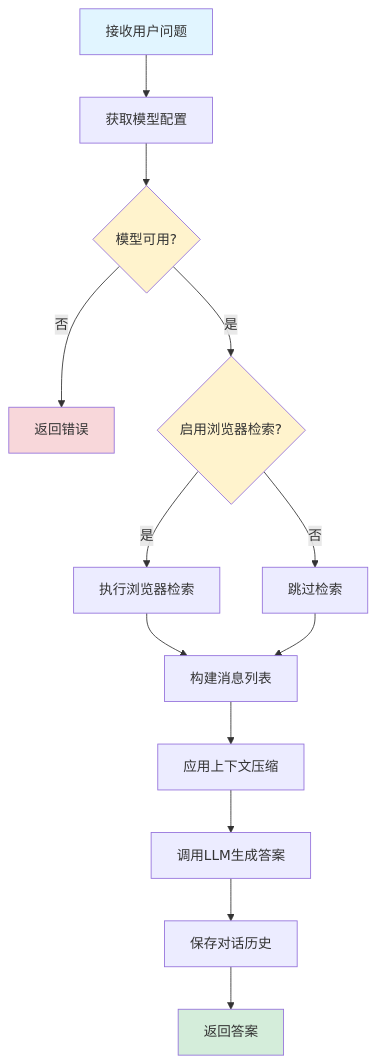
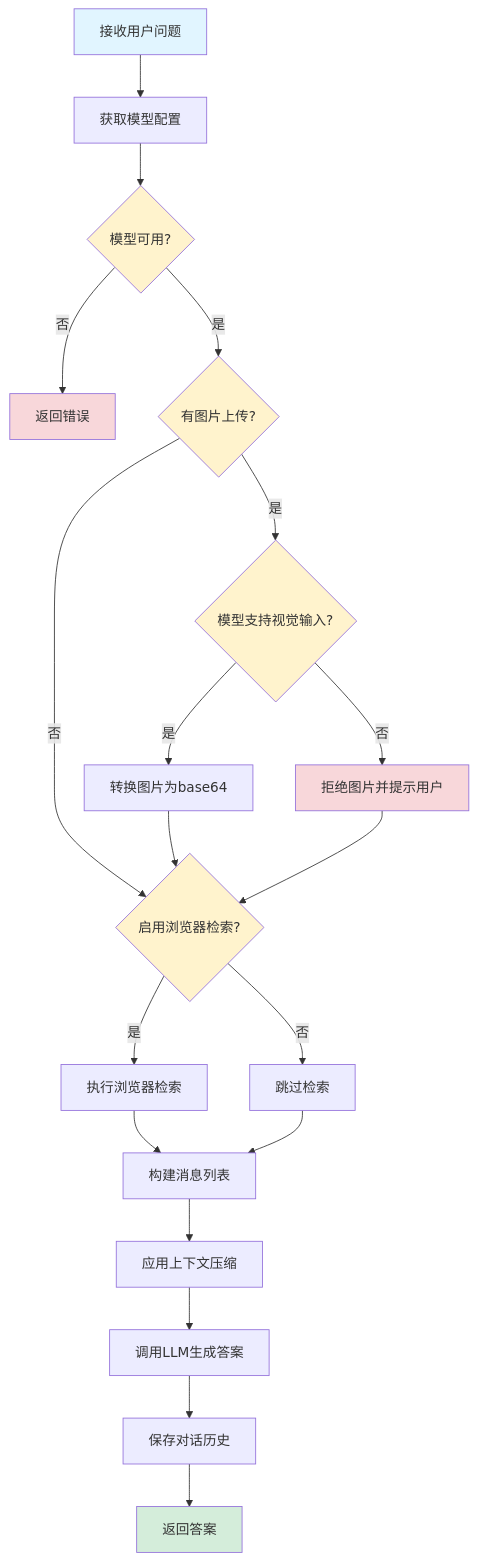
The second of 5 diagrams in backend/doc/6.智能问答功能设计文档.md (NanoAgentCode/DifyApp), drawn with Mermaid before and after one commit. The commit also changed other lines of this file and 1 other file, not shown here.

Commit message:
增强知识库功能，集成OCR服务以支持图片和PDF文件的文字识别，同时优化文档上传和处理流程，确保对多种文档格式的全面支持。更新相关架构图和功能描述以反映新特性。

````diff
--- a/backend/doc/6.智能问答功能设计文档.md
+++ b/backend/doc/6.智能问答功能设计文档.md
@@ -254,21 +286,30 @@
 ```mermaid
 flowchart TD
     A[接收用户问题] --> B[获取模型配置]
     B --> C{模型可用?}
     C -->|否| D[返回错误]
-    C -->|是| E{启用浏览器检索?}
-    E -->|是| F[执行浏览器检索]
-    E -->|否| G[跳过检索]
-    F --> H[构建消息列表]
-    G --> H
-    H --> I[应用上下文压缩]
-    I --> J[调用LLM生成答案]
-    J --> K[保存对话历史]
-    K --> L[返回答案]
+    C -->|是| E{有图片上传?}
+    E -->|是| F{模型支持视觉输入?}
+    E -->|否| I{启用浏览器检索?}
+    F -->|是| G[转换图片为base64]
+    F -->|否| H[拒绝图片并提示用户]
+    G --> I
+    H --> I
+    I -->|是| J[执行浏览器检索]
+    I -->|否| K[跳过检索]
+    J --> L[构建消息列表]
+    K --> L
+    L --> M[应用上下文压缩]
+    M --> N[调用LLM生成答案]
+    N --> O[保存对话历史]
+    O --> P[返回答案]
     
     style A fill:#e1f5ff
-    style L fill:#d4edda
+    style P fill:#d4edda
     style C fill:#fff3cd
     style E fill:#fff3cd
+    style F fill:#fff3cd
+    style I fill:#fff3cd
     style D fill:#f8d7da
+    style H fill:#f8d7da
 ```
````
